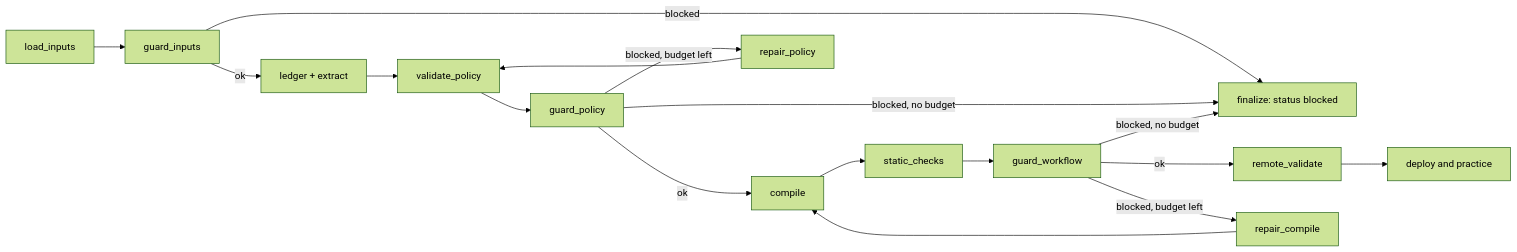
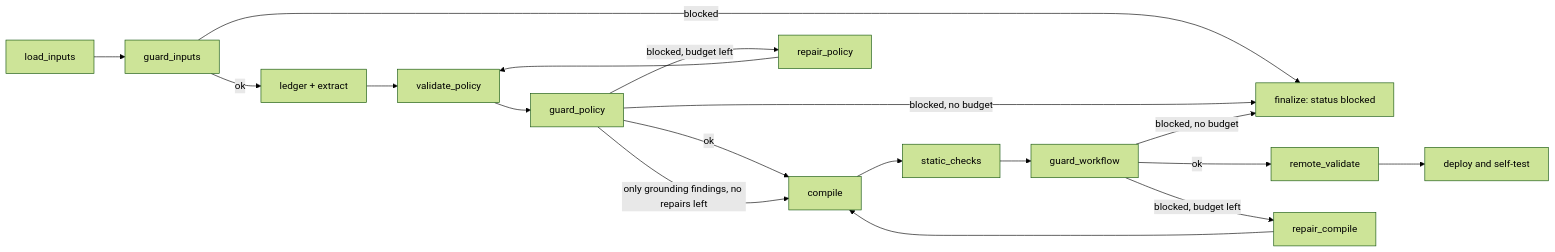
The diagram in docs/GUARDRAILS.md (theFellandes/FreyaHackaton), drawn with Mermaid (forest theme) before and after one commit. The commit also changed other lines of this file and 411 other files, not shown here.

````diff
--- a/docs/GUARDRAILS.md
+++ b/docs/GUARDRAILS.md
@@ -28,13 +35,14 @@
 ```mermaid
 flowchart LR
   load[load_inputs] --> gi[guard_inputs]
   gi -- ok --> und[ledger + extract]
   gi -- blocked --> fin[finalize: status blocked]
   und --> vp[validate_policy] --> gp[guard_policy]
   gp -- ok --> comp[compile] --> sc[static_checks] --> gw[guard_workflow]
   gp -- blocked, budget left --> rp[repair_policy] --> vp
   gp -- blocked, no budget --> fin
-  gw -- ok --> rv[remote_validate] --> dep[deploy and practice]
+  gp -- only grounding findings, no repairs left --> comp
+  gw -- ok --> rv[remote_validate] --> dep[deploy and self-test]
   gw -- blocked, budget left --> rc[repair_compile] --> comp
   gw -- blocked, no budget --> fin
 ```
````
